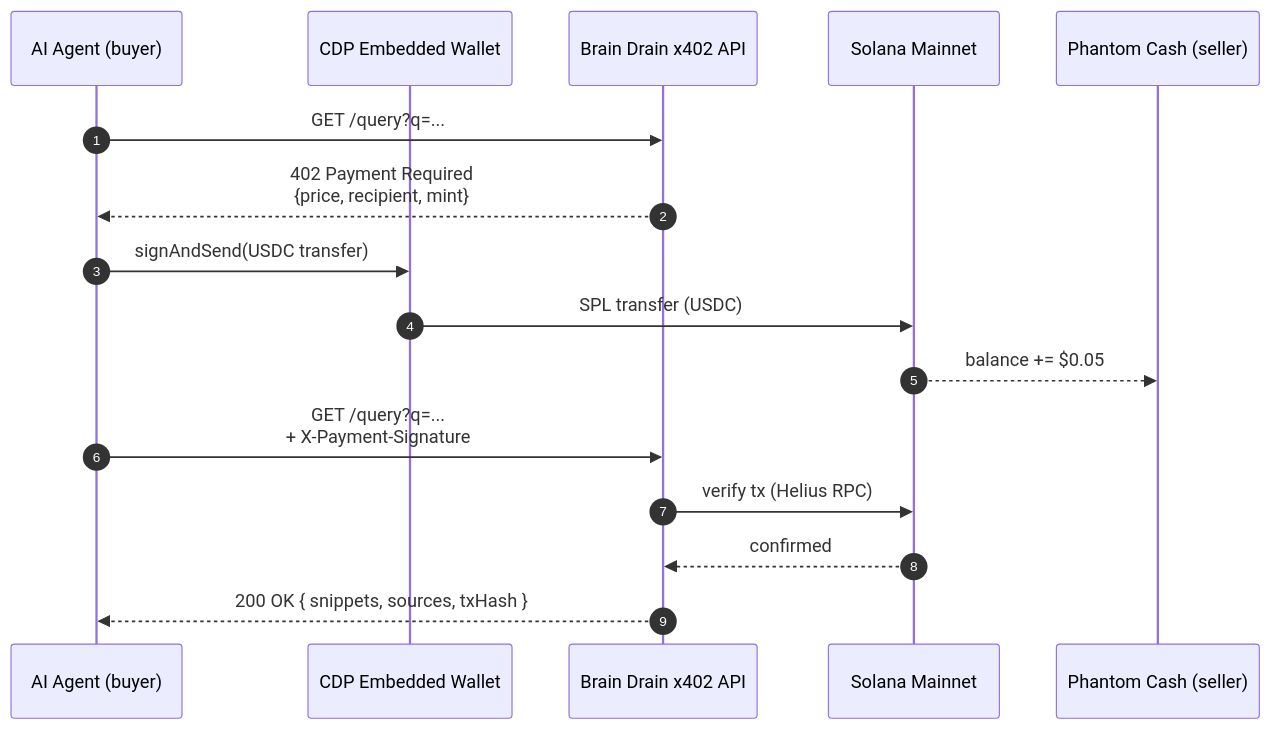
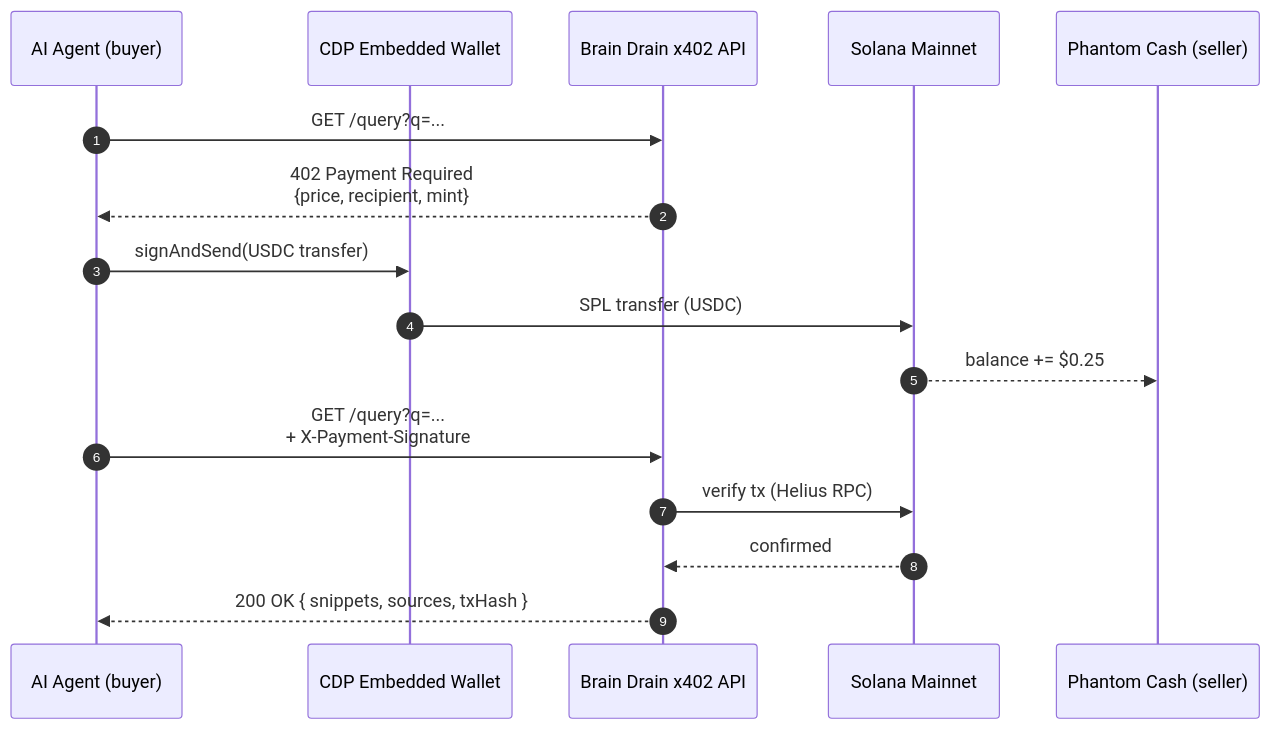
The diagram in README.md (Bekirerdem/brain-drain), drawn with Mermaid before and after one commit. The commit also changed other lines of this file and 21 other files, not shown here.

````diff
--- a/README.md
+++ b/README.md
@@ -40,19 +42,19 @@
 ```mermaid
 sequenceDiagram
     autonumber
     participant Agent as AI Agent (buyer)
     participant CDP as CDP Embedded Wallet
     participant API as Brain Drain x402 API
     participant Sol as Solana Mainnet
     participant Cash as Phantom Cash (seller)
 
     Agent->>API: GET /query?q=...
     API-->>Agent: 402 Payment Required<br/>{price, recipient, mint}
     Agent->>CDP: signAndSend(USDC transfer)
     CDP->>Sol: SPL transfer (USDC)
-    Sol-->>Cash: balance += $0.05
+    Sol-->>Cash: balance += $0.25
     Agent->>API: GET /query?q=...<br/>+ X-Payment-Signature
     API->>Sol: verify tx (Helius RPC)
     Sol-->>API: confirmed
     API-->>Agent: 200 OK { snippets, sources, txHash }
 ```
````
